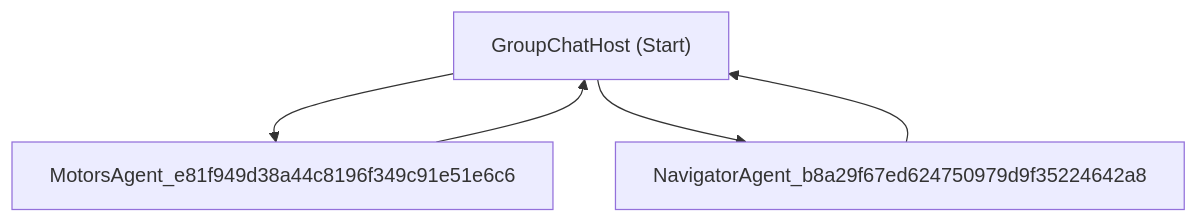
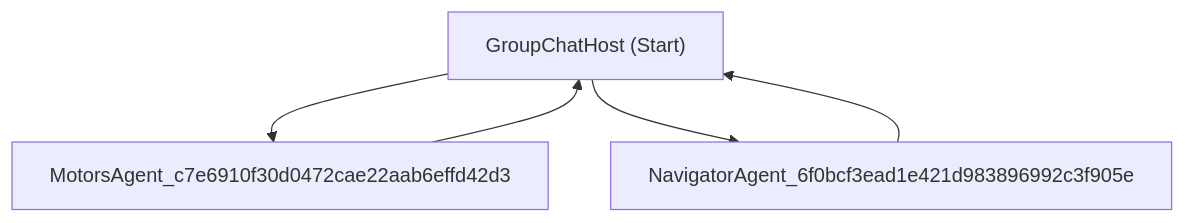
Before and after one commit to dcostea/AgentFrameworkBook: the diagram in AgentsWithGroupChatOrchestration/workflow.md, drawn with Mermaid. The commit also changed 2 other files, not shown here.

````diff
--- a/AgentsWithGroupChatOrchestration/workflow.md
+++ b/AgentsWithGroupChatOrchestration/workflow.md
@@ -3,10 +3,10 @@
 ```mermaid
 flowchart TD
   GroupChatHost["GroupChatHost (Start)"];
-  MotorsAgent_e81f949d38a44c8196f349c91e51e6c6["MotorsAgent_e81f949d38a44c8196f349c91e51e6c6"];
-  NavigatorAgent_b8a29f67ed624750979d9f35224642a8["NavigatorAgent_b8a29f67ed624750979d9f35224642a8"];
-  GroupChatHost --> MotorsAgent_e81f949d38a44c8196f349c91e51e6c6;
-  GroupChatHost --> NavigatorAgent_b8a29f67ed624750979d9f35224642a8;
-  MotorsAgent_e81f949d38a44c8196f349c91e51e6c6 --> GroupChatHost;
-  NavigatorAgent_b8a29f67ed624750979d9f35224642a8 --> GroupChatHost;
+  MotorsAgent_c7e6910f30d0472cae22aab6effd42d3["MotorsAgent_c7e6910f30d0472cae22aab6effd42d3"];
+  NavigatorAgent_6f0bcf3ead1e421d983896992c3f905e["NavigatorAgent_6f0bcf3ead1e421d983896992c3f905e"];
+  GroupChatHost --> MotorsAgent_c7e6910f30d0472cae22aab6effd42d3;
+  GroupChatHost --> NavigatorAgent_6f0bcf3ead1e421d983896992c3f905e;
+  MotorsAgent_c7e6910f30d0472cae22aab6effd42d3 --> GroupChatHost;
+  NavigatorAgent_6f0bcf3ead1e421d983896992c3f905e --> GroupChatHost;
 ```
````
